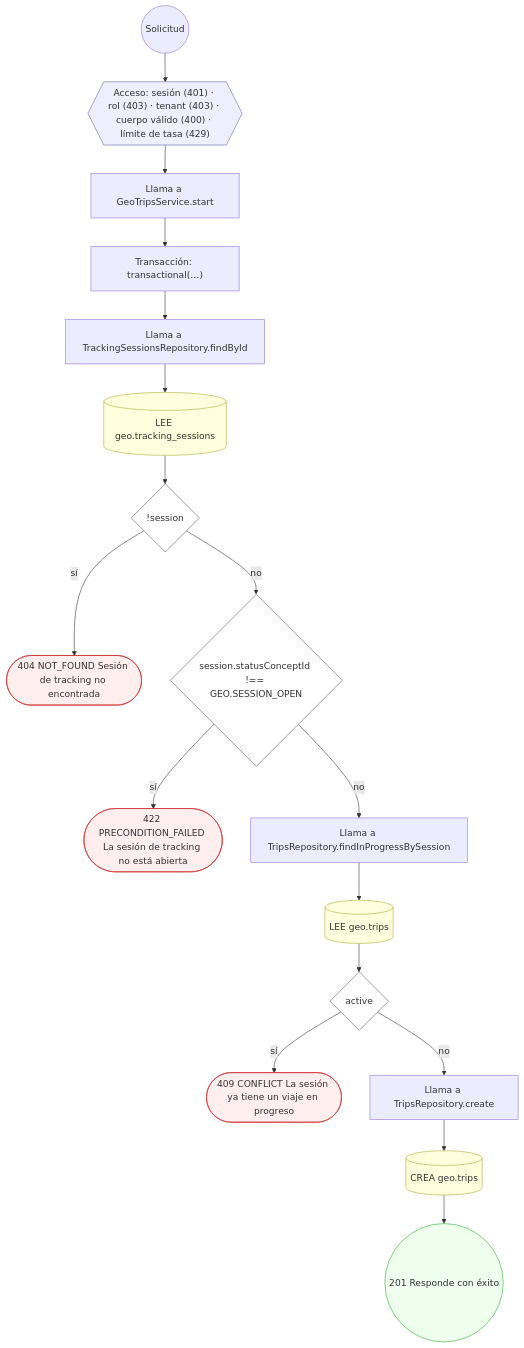
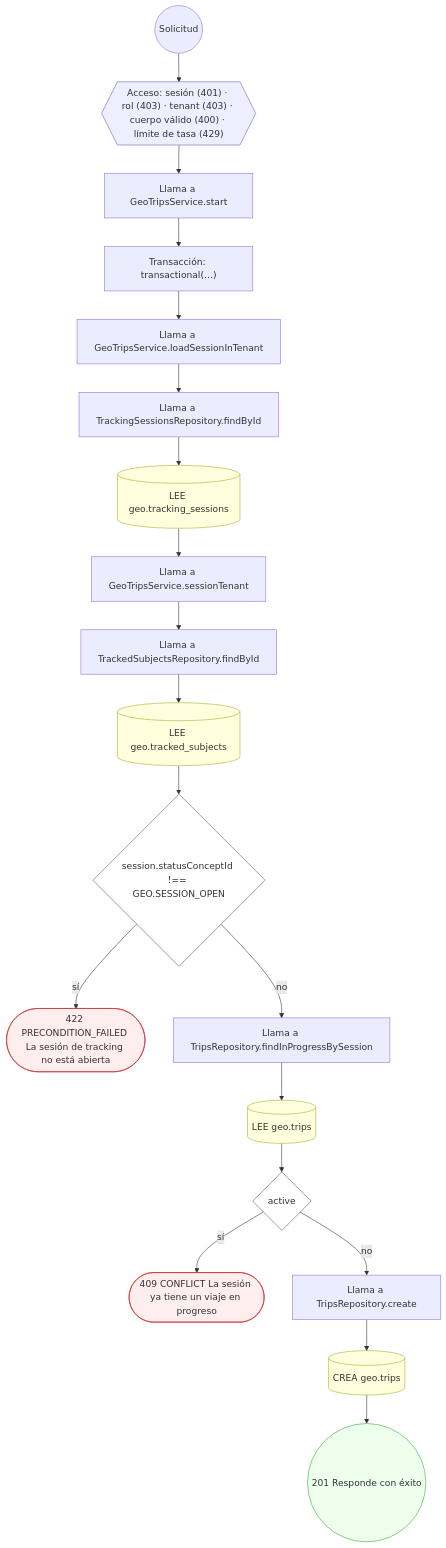
Before and after one commit to mdavila-2001/mantra-core-health-api: the tenth of 11 diagrams in docs/inventario/flujos/geo.md, drawn with Mermaid. The commit also changed other lines of this file and 438 other files, not shown here.

````diff
--- a/docs/inventario/flujos/geo.md
+++ b/docs/inventario/flujos/geo.md
@@ -577,42 +539,46 @@
 ```mermaid
 flowchart TD
   n1(("Solicitud")):::inicio
   n2{{"Acceso: sesión (401) · rol (403) · tenant (403) · cuerpo válido (400) · límite de tasa (429)"}}:::acceso
   n1 --> n2
   n3["Llama a GeoTripsService.start"]:::llamada
   n2 --> n3
   n4["Transacción: transactional(…)"]:::transaccion
   n3 --> n4
-  n5["Llama a TrackingSessionsRepository.findById"]:::llamada
+  n5["Llama a GeoTripsService.loadSessionInTenant"]:::llamada
   n4 --> n5
-  n6[("LEE geo.tracking_sessions")]:::efecto
+  n6["Llama a TrackingSessionsRepository.findById"]:::llamada
   n5 --> n6
-  n7{"!session"}:::decision
+  n7[("LEE geo.tracking_sessions")]:::efecto
   n6 --> n7
-  n8(["404 NOT_FOUND Sesión de tracking no encontrada"]):::error
-  n7 -->|"sí"| n8
-  n9{"session.statusConceptId !== GEO.SESSION_OPEN"}:::decision
-  n7 -->|"no"| n9
-  n10(["422 PRECONDITION_FAILED La sesión de tracking no está abierta"]):::error
-  n9 -->|"sí"| n10
-  n11["Llama a TripsRepository.findInProgressBySession"]:::llamada
-  n9 -->|"no"| n11
-  n12[("LEE geo.trips")]:::efecto
-  n11 --> n12
-  n13{"active"}:::decision
-  n12 --> n13
-  n14(["409 CONFLICT La sesión ya tiene un viaje en progreso"]):::error
-  n13 -->|"sí"| n14
-  n15["Llama a TripsRepository.create"]:::llamada
-  n13 -->|"no"| n15
-  n16[("CREA geo.trips")]:::efecto
-  n15 --> n16
-  n17(("201 Responde con éxito")):::ok
-  n16 --> n17
+  n8["Llama a GeoTripsService.sessionTenant"]:::llamada
+  n7 --> n8
+  n9["Llama a TrackedSubjectsRepository.findById"]:::llamada
+  n8 --> n9
+  n10[("LEE geo.tracked_subjects")]:::efecto
+  n9 --> n10
+  n11{"session.statusConceptId !== GEO.SESSION_OPEN"}:::decision
+  n10 --> n11
+  n12(["422 PRECONDITION_FAILED La sesión de tracking no está abierta"]):::error
+  n11 -->|"sí"| n12
+  n13["Llama a TripsRepository.findInProgressBySession"]:::llamada
+  n11 -->|"no"| n13
+  n14[("LEE geo.trips")]:::efecto
+  n13 --> n14
+  n15{"active"}:::decision
+  n14 --> n15
+  n16(["409 CONFLICT La sesión ya tiene un viaje en progreso"]):::error
+  n15 -->|"sí"| n16
+  n17["Llama a TripsRepository.create"]:::llamada
+  n15 -->|"no"| n17
+  n18[("CREA geo.trips")]:::efecto
+  n17 --> n18
+  n19(("201 Responde con éxito")):::ok
+  n18 --> n19
   classDef acceso fill:#eef,stroke:#66a
   classDef error fill:#fee,stroke:#c33
   classDef ok fill:#efe,stroke:#3a3
   classDef efecto fill:#ffd,stroke:#aa3
   classDef decision fill:#fff,stroke:#555
   classDef corte fill:#eee,stroke:#999,stroke-dasharray: 4
 ```
````
